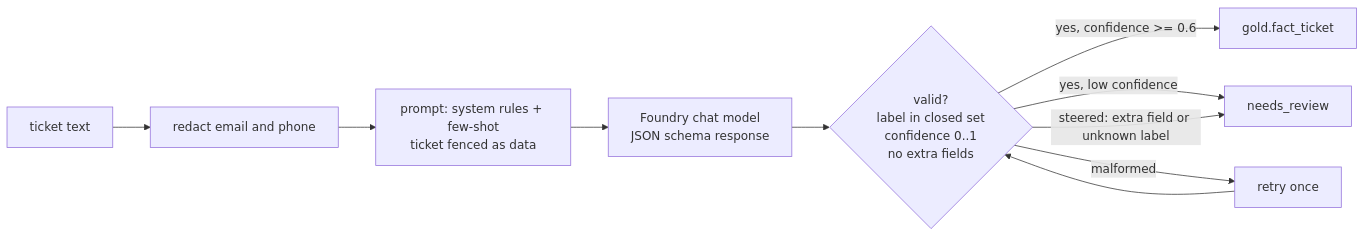
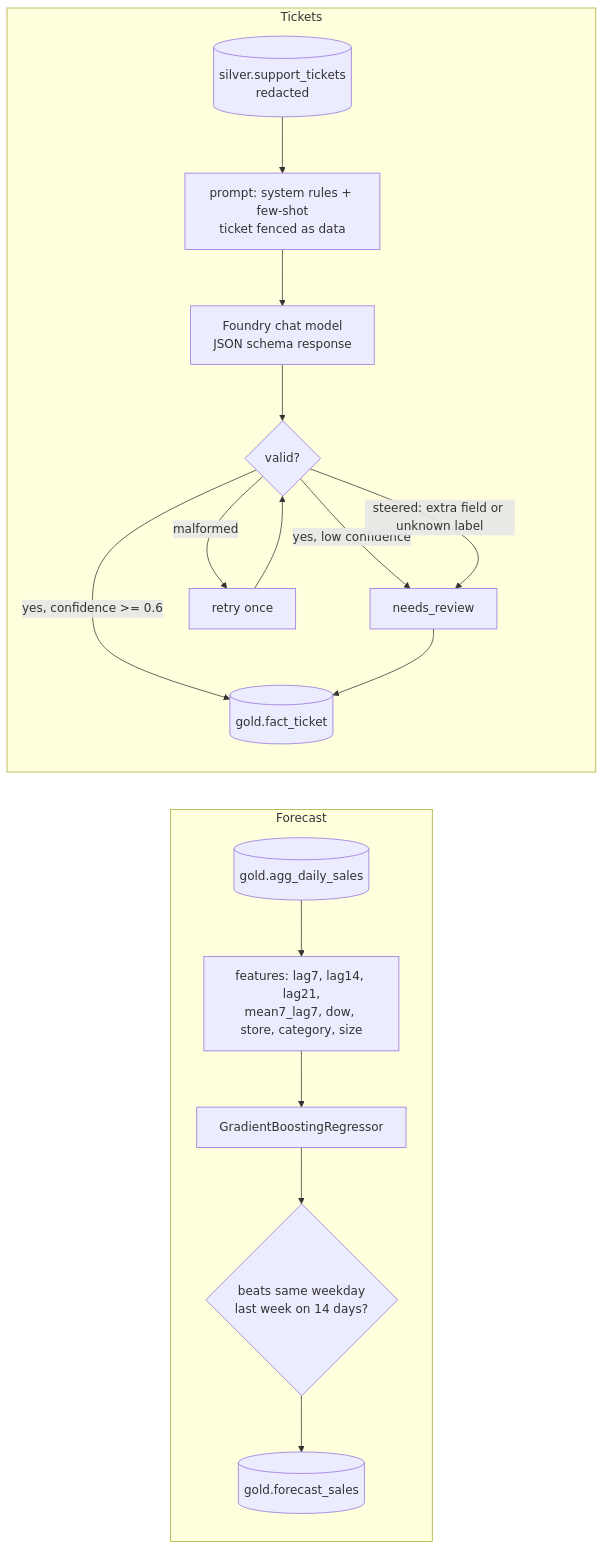
One commit to jagadishmazure-jpg/Jagadish-fabric-enterprise-bi changed the diagram in docs/enrichment.md. Above: the diagram before and after it, drawn with Mermaid. The commit also changed other lines of this file, not shown here.

Commit message:
docs(enrich): complete forecast and ticket guide

````diff
--- a/docs/enrichment.md
+++ b/docs/enrichment.md
@@ -18,10 +10,19 @@
 ```mermaid
 flowchart LR
-  T[ticket text] --> R[redact email and phone] --> P[prompt: system rules + few-shot<br/>ticket fenced as data]
-  P --> M[Foundry chat model<br/>JSON schema response]
-  M --> V{valid?<br/>label in closed set<br/>confidence 0..1<br/>no extra fields}
-  V -->|yes, confidence >= 0.6| G[gold.fact_ticket]
-  V -->|yes, low confidence| H[needs_review]
-  V -->|malformed| RT[retry once] --> V
-  V -->|steered: extra field or unknown label| H
+  subgraph Forecast
+    A[(gold.agg_daily_sales)] --> F[features: lag7, lag14, lag21,<br/>mean7_lag7, dow, store, category, size]
+    F --> M[GradientBoostingRegressor]
+    M --> BT{beats same weekday<br/>last week on 14 days?}
+    BT --> FS[(gold.forecast_sales)]
+  end
+  subgraph Tickets
+    T[(silver.support_tickets<br/>redacted)] --> P[prompt: system rules + few-shot<br/>ticket fenced as data]
+    P --> C[Foundry chat model<br/>JSON schema response]
+    C --> V{valid?}
+    V -->|yes, confidence >= 0.6| FT[(gold.fact_ticket)]
+    V -->|yes, low confidence| R[needs_review]
+    V -->|malformed| RT[retry once] --> V
+    V -->|steered: extra field or unknown label| R
+    R --> FT
+  end
 ```
````
